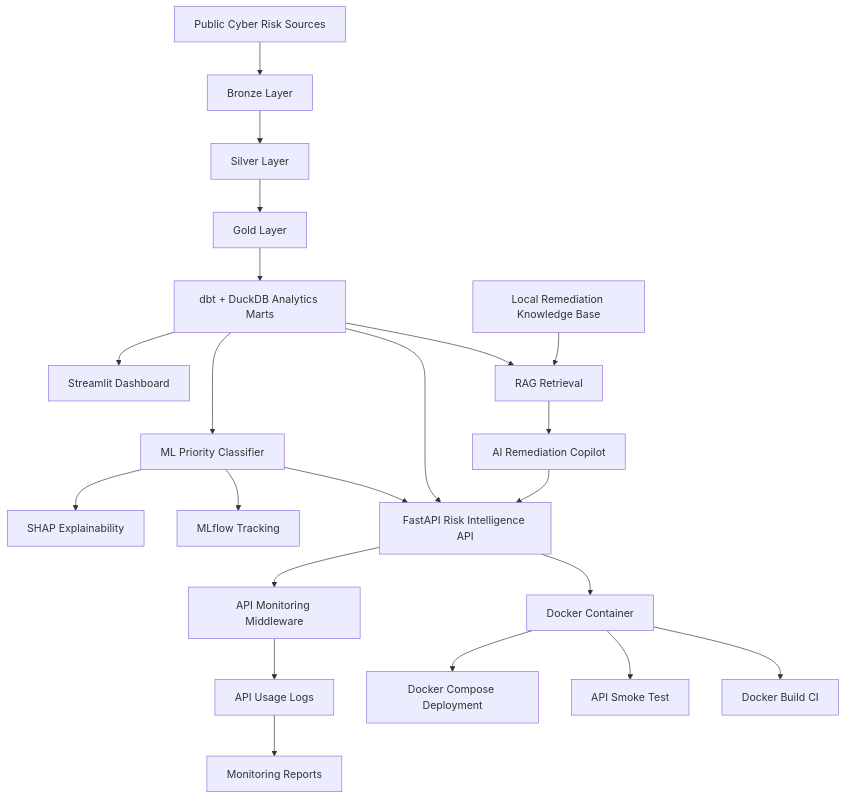
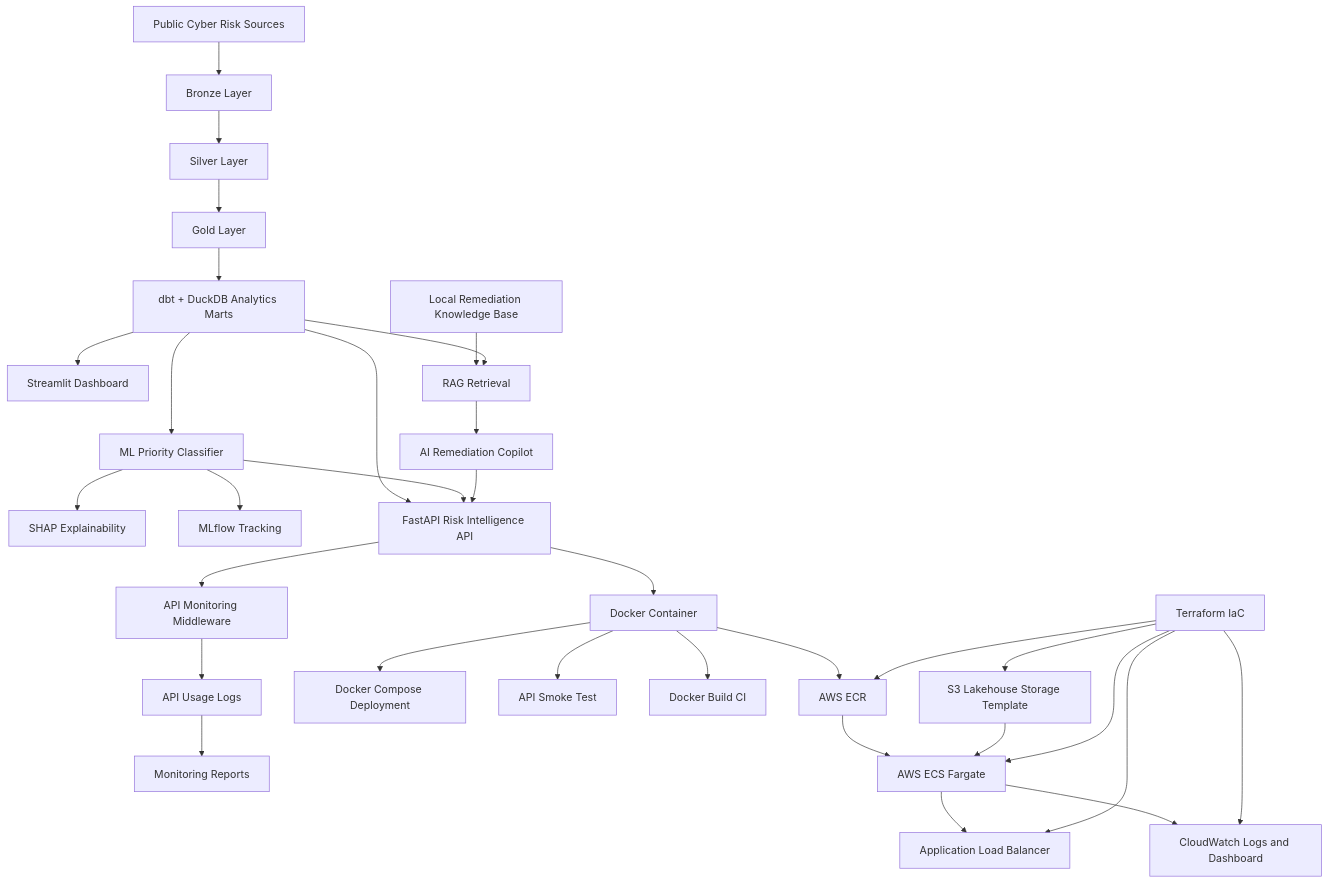
The diagram in README.md (momo840505/cyber-risk-intelligence-lakehouse), drawn with Mermaid before and after one commit. The commit also changed other lines of this file, not shown here.

Commit message:
Update README with AWS Terraform architecture

````diff
--- a/README.md
+++ b/README.md
@@ -46,29 +51,40 @@
 ```mermaid
 flowchart TD
     A[Public Cyber Risk Sources] --> B[Bronze Layer]
     B --> C[Silver Layer]
     C --> D[Gold Layer]
 
     D --> E[dbt + DuckDB Analytics Marts]
     E --> F[Streamlit Dashboard]
     E --> G[ML Priority Classifier]
     G --> H[SHAP Explainability]
     G --> I[MLflow Tracking]
 
     E --> J[FastAPI Risk Intelligence API]
     G --> J
 
     K[Local Remediation Knowledge Base] --> L[RAG Retrieval]
     E --> L
     L --> M[AI Remediation Copilot]
     M --> J
 
     J --> N[API Monitoring Middleware]
     N --> O[API Usage Logs]
     O --> P[Monitoring Reports]
 
     J --> Q[Docker Container]
     Q --> R[Docker Compose Deployment]
     Q --> S[API Smoke Test]
     Q --> T[Docker Build CI]
+
+    Q --> U[AWS ECR]
+    U --> V[AWS ECS Fargate]
+    V --> W[Application Load Balancer]
+    V --> X[CloudWatch Logs and Dashboard]
+    Y[S3 Lakehouse Storage Template] --> V
+    Z[Terraform IaC] --> U
+    Z --> V
+    Z --> W
+    Z --> X
+    Z --> Y
 ```
````
